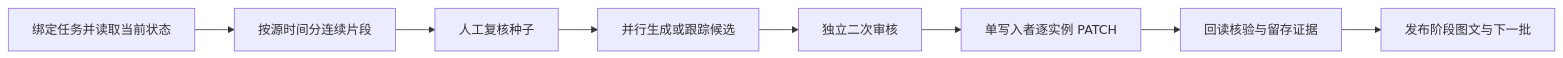
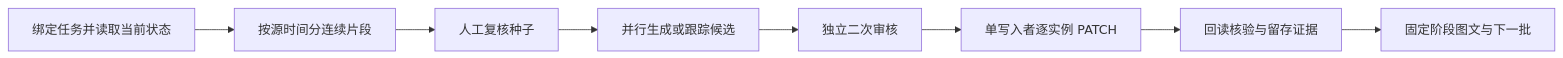
Before and after one commit to linweichen-ai/cvat-auto-tracking: the diagram in README.md, drawn with Mermaid. The commit also changed other lines of this file and 12 other files, not shown here.

````diff
--- a/README.md
+++ b/README.md
@@ -29,10 +29,10 @@
 ```mermaid
 flowchart LR
   A[绑定任务并读取当前状态] --> B[按源时间分连续片段]
   B --> C[人工复核种子]
   C --> D[并行生成或跟踪候选]
   D --> E[独立二次审核]
   E --> F[单写入者逐实例 PATCH]
   F --> G[回读核验与留存证据]
-  G --> H[发布阶段图文与下一批]
+  G --> H[固定阶段图文与下一批]
 ```
````
